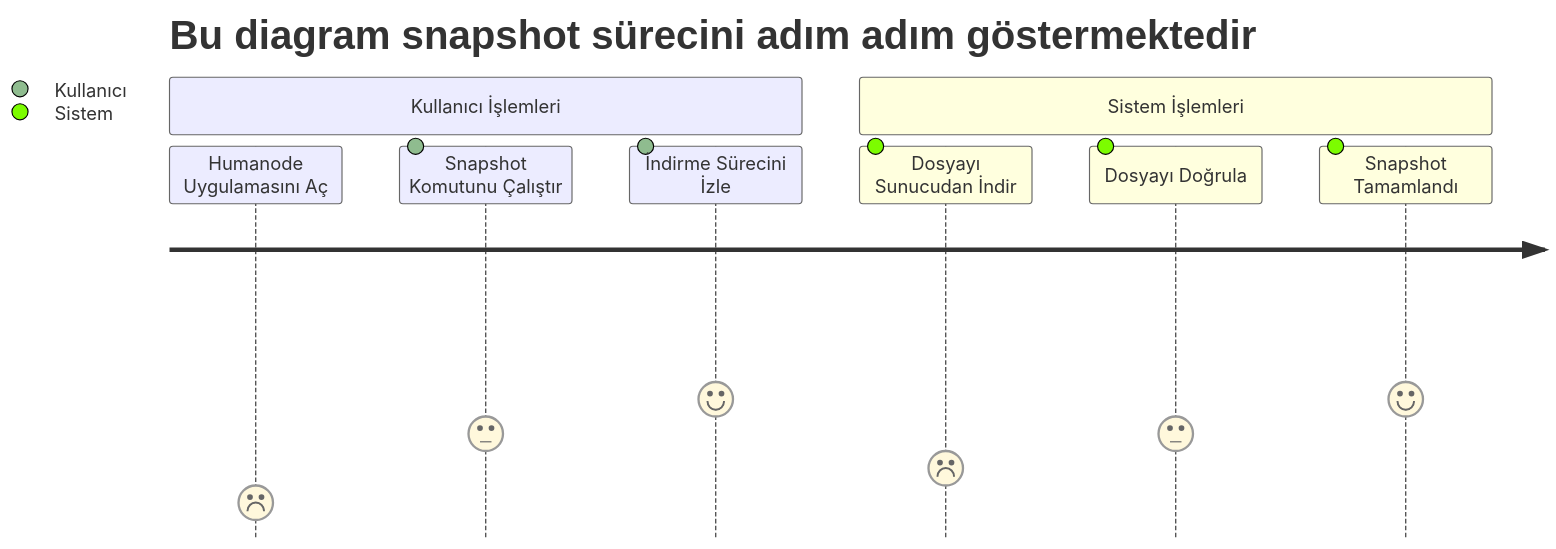
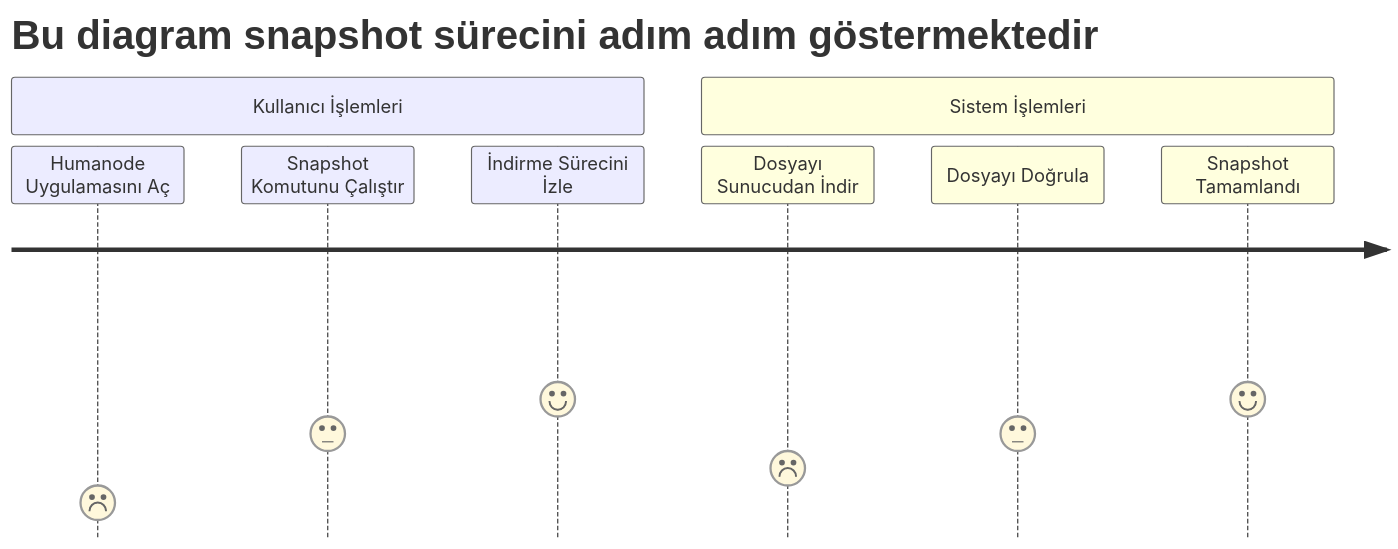
One commit to Lorento34/humanode changed the diagram in Snapshot.md. Above: the diagram before and after it, drawn with Mermaid.

````diff
--- a/Snapshot.md
+++ b/Snapshot.md
@@ -8,12 +8,12 @@
 ```mermaid
 journey
     title Bu diagram snapshot sürecini adım adım göstermektedir
     section Kullanıcı İşlemleri
       Humanode Uygulamasını Aç: 1
-      Snapshot Komutunu Çalıştır: 3: Kullanıcı
-      İndirme Sürecini İzle: 4: Kullanıcı
+      Snapshot Komutunu Çalıştır: 3
+      İndirme Sürecini İzle: 4
     section Sistem İşlemleri
-      Dosyayı Sunucudan İndir: 2: Sistem
-      Dosyayı Doğrula: 3: Sistem
-      Snapshot Tamamlandı: 4: Sistem
+      Dosyayı Sunucudan İndir: 2
+      Dosyayı Doğrula: 3
+      Snapshot Tamamlandı: 4
 ```
````
